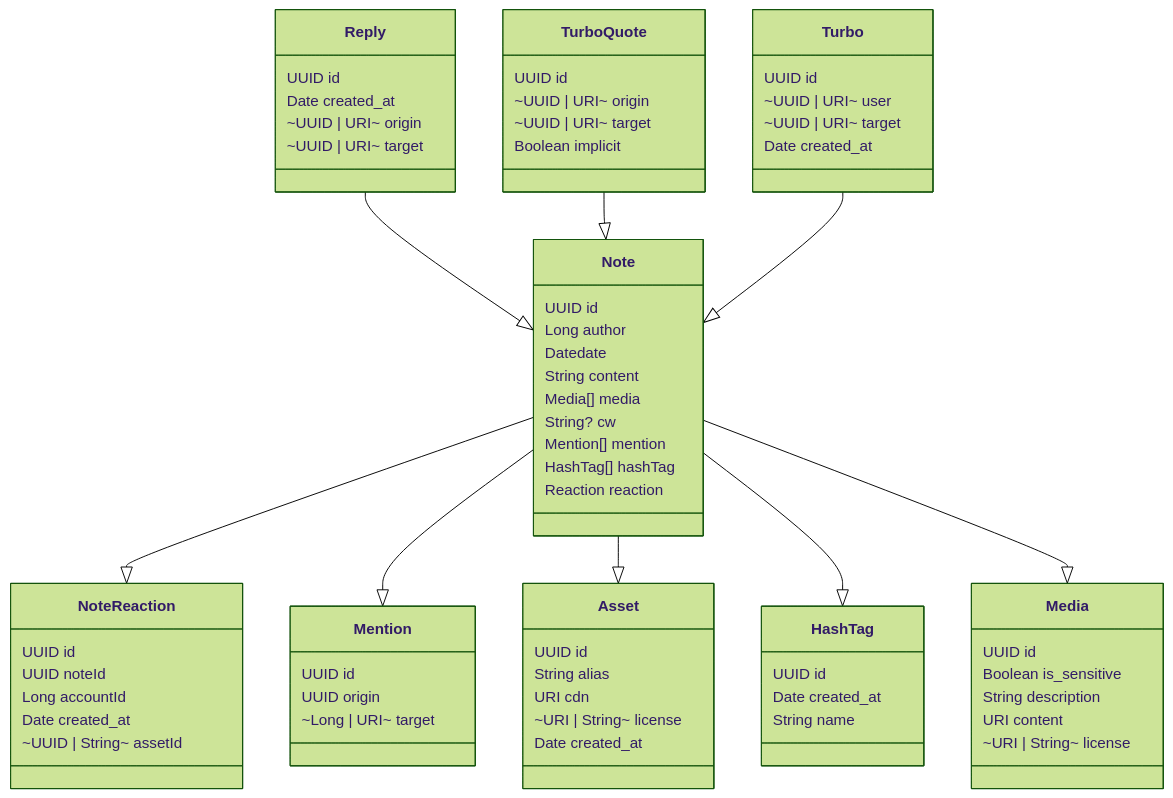
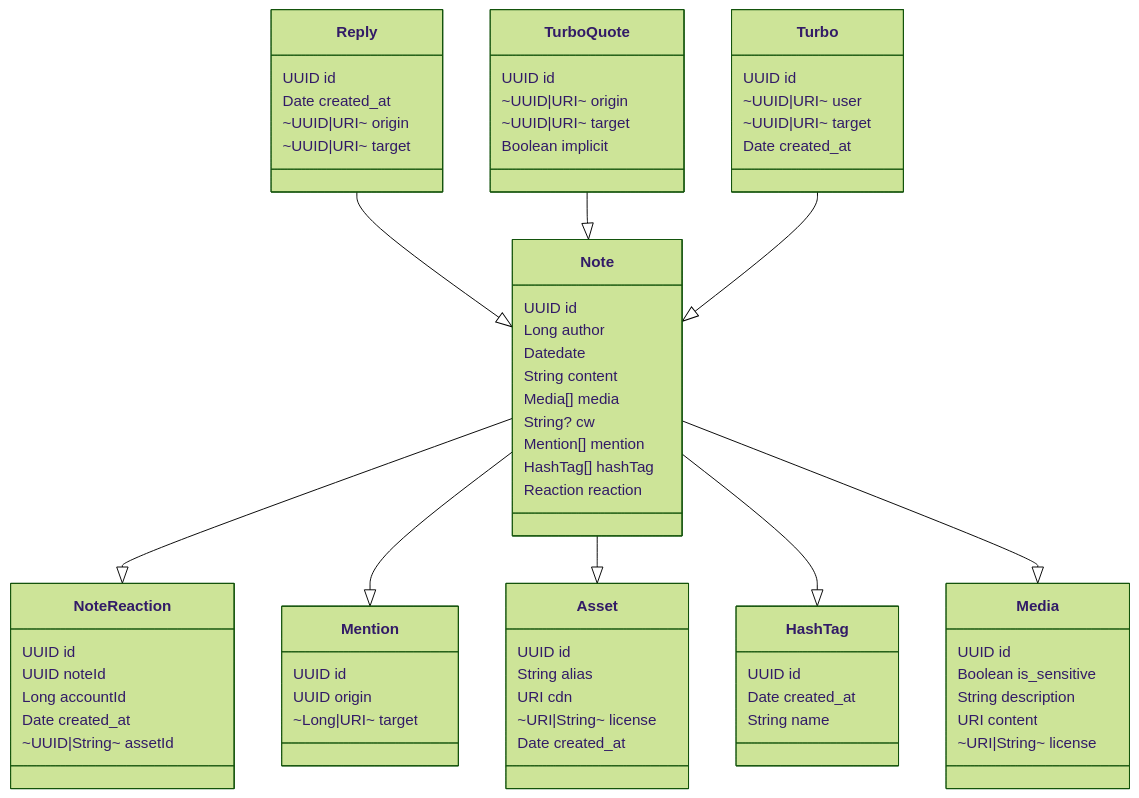
The second of 2 diagrams in docs/shuttlepub-core/data-structure.md (ShuttlePub/document), drawn with Mermaid (forest theme) before and after one commit. The commit also changed other lines of this file, not shown here.

Commit message:
Fix diagrams data-structure.md

````diff
--- a/docs/shuttlepub-core/data-structure.md
+++ b/docs/shuttlepub-core/data-structure.md
@@ -37,71 +37,71 @@
 ```mermaid
 classDiagram
 class Note {
 	UUID id
 	Long author
 	Datedate
 	String content
 	Media[] media
 	String? cw
 	Mention[] mention
 	HashTag[] hashTag
 	Reaction reaction
 }
 class Mention {
 	UUID id
 	UUID origin
-	~Long | URI~ target
+	~Long|URI~ target
 }
 class NoteReaction {
 	UUID id
 	UUID noteId
 	Long accountId
 	Date created_at
-	~UUID | String~ assetId
+	~UUID|String~ assetId
 }
 class Asset {
 	UUID id
 	String alias
 	URI cdn
-	~URI | String~ license
+	~URI|String~ license
 	Date created_at
 }
 class HashTag {
 	UUID id
 	Date created_at
 	String name
 }
 class Reply {
 	UUID id
 	Date created_at
-	~UUID | URI~ origin
-	~UUID | URI~ target
+	~UUID|URI~ origin
+	~UUID|URI~ target
 }
 class TurboQuote {
 	UUID id
-	~UUID | URI~ origin
-	~UUID | URI~ target
+	~UUID|URI~ origin
+	~UUID|URI~ target
 	Boolean implicit
 }
 class Turbo {
 	UUID id
-	~UUID | URI~ user
-	~UUID | URI~ target
+	~UUID|URI~ user
+	~UUID|URI~ target
 	Date created_at
 }
 class Media {
 	UUID id
 	Boolean is_sensitive
 	String description
 	URI content
-	~URI | String~ license
+	~URI|String~ license
 }
 Note--|>NoteReaction
 Note--|>Mention
 Note--|>Asset
 Note--|>HashTag
 Reply--|>Note
 TurboQuote--|>Note
 Turbo--|>Note
 Note--|>Media
 ```
````
